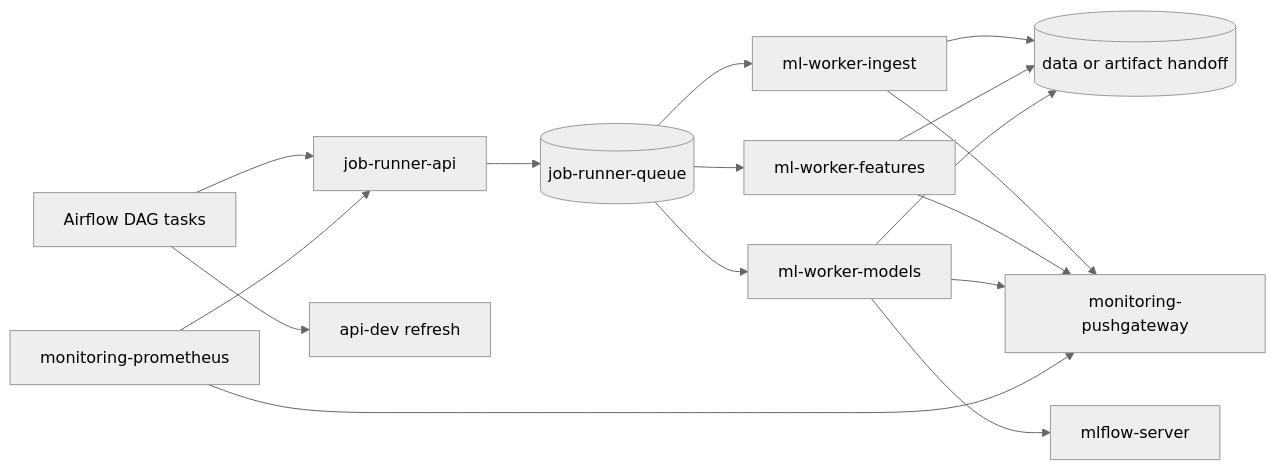
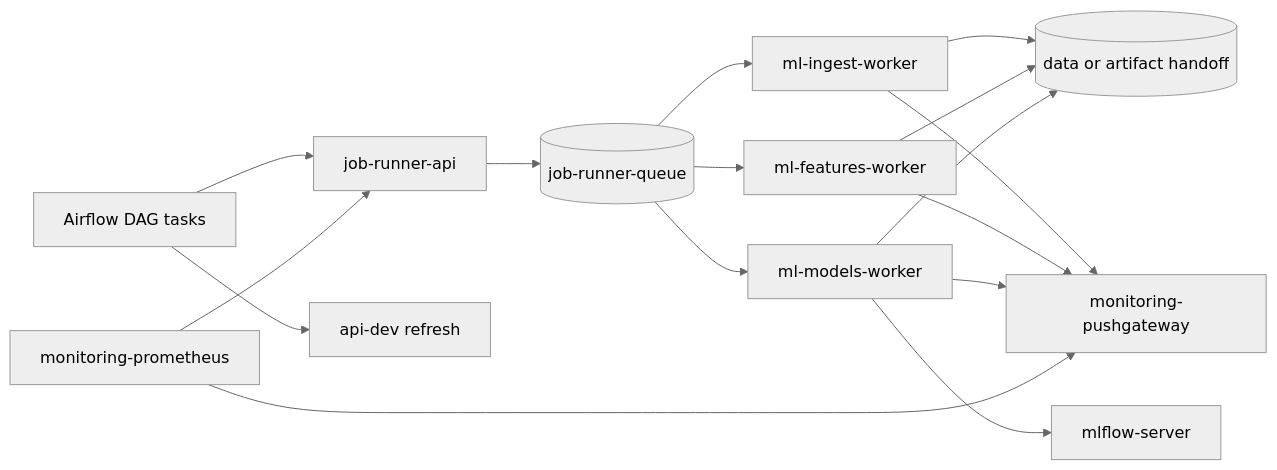
The diagram in docs/airflow-job-runner-strategy.md (zheddhe/avr25-mle-trafic-cycliste), drawn with Mermaid (neutral theme) before and after one commit. The commit also changed other lines of this file, not shown here.

Commit message:
docs: refine typed Airflow worker strategy

````diff
--- a/docs/airflow-job-runner-strategy.md
+++ b/docs/airflow-job-runner-strategy.md
@@ -124,20 +142,20 @@
 ```mermaid
 flowchart LR
     airflow[Airflow DAG tasks] --> job_api[job-runner-api]
     job_api --> queue[(job-runner-queue)]
-    queue --> worker_ingest[ml-worker-ingest]
-    queue --> worker_features[ml-worker-features]
-    queue --> worker_models[ml-worker-models]
+    queue --> worker_ingest[ml-ingest-worker]
+    queue --> worker_features[ml-features-worker]
+    queue --> worker_models[ml-models-worker]
 
     worker_ingest --> data[(data or artifact handoff)]
     worker_features --> data
     worker_models --> data
     worker_models --> mlflow[mlflow-server]
     worker_ingest --> pushgateway[monitoring-pushgateway]
     worker_features --> pushgateway
     worker_models --> pushgateway
 
     airflow --> api[api-dev refresh]
     prometheus[monitoring-prometheus] --> job_api
     prometheus --> pushgateway
 ```
````
